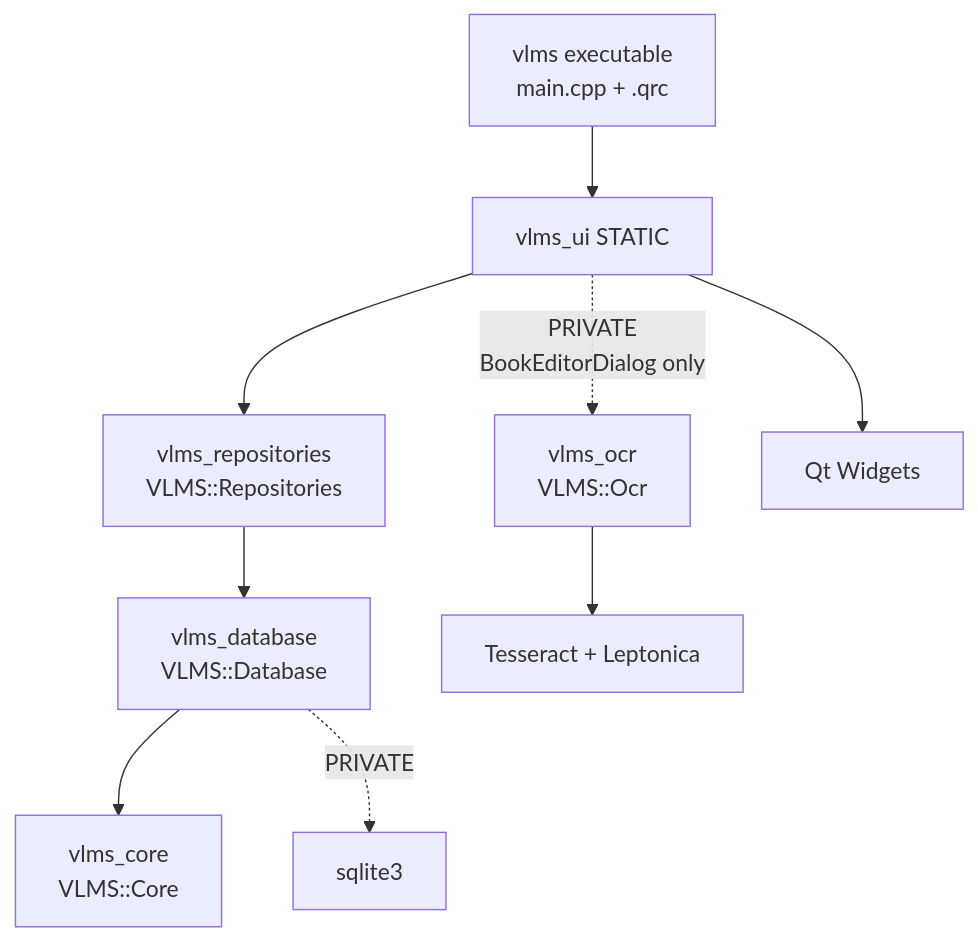
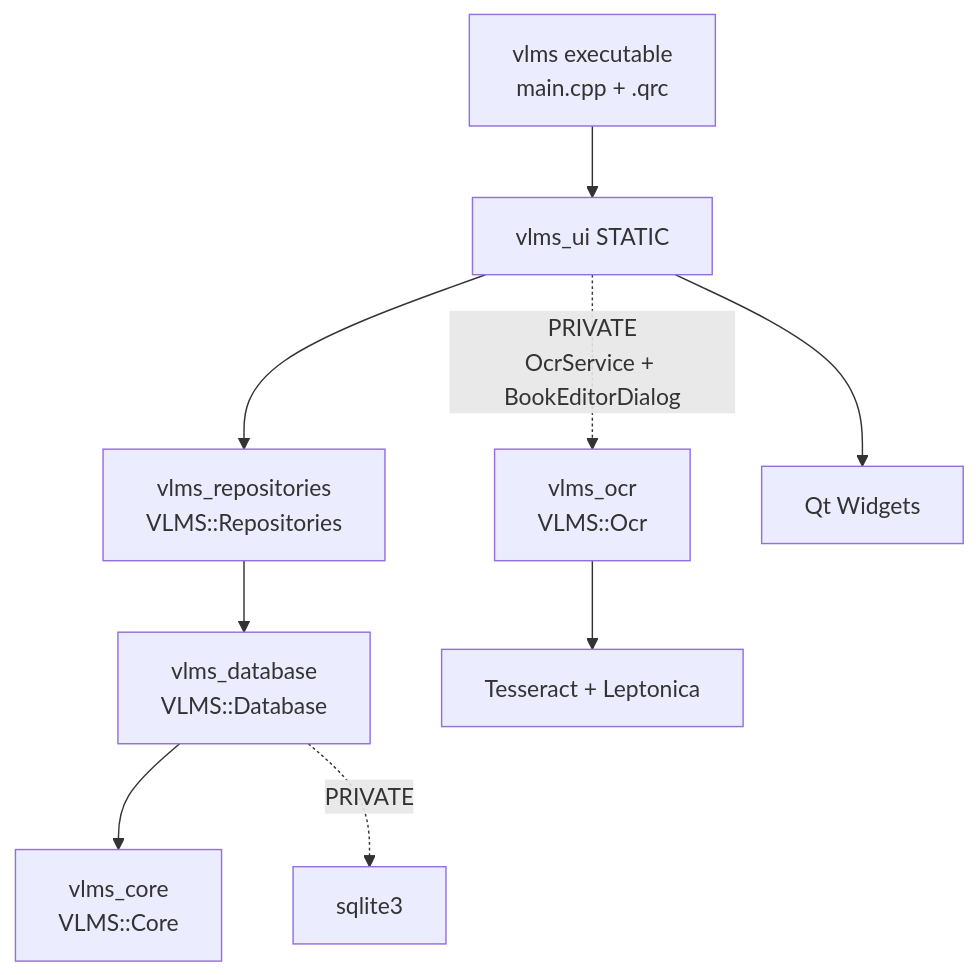
Before and after one commit to medaminben/VLMS: the second of 28 diagrams in docs/architecture/beta-uml.md, drawn with Mermaid. The commit also changed other lines of this file, not shown here.

First line of the commit message:
Refresh the Beta UML for the frontend redesign.

````diff
--- a/docs/architecture/beta-uml.md
+++ b/docs/architecture/beta-uml.md
@@ -53,21 +52,21 @@
 ```mermaid
 flowchart TD
     Exe[vlms executable<br/>main.cpp + .qrc]
     Ui[vlms_ui STATIC]
     Repos[vlms_repositories<br/>VLMS::Repositories]
     DbLib[vlms_database<br/>VLMS::Database]
     Core[vlms_core<br/>VLMS::Core]
     Ocr[vlms_ocr<br/>VLMS::Ocr]
     Sqlite[sqlite3]
     TessLib[Tesseract + Leptonica]
     QtW[Qt Widgets]
 
     Exe --> Ui
     Ui --> Repos
-    Ui -.->|PRIVATE<br/>BookEditorDialog only| Ocr
+    Ui -.->|PRIVATE<br/>OcrService + BookEditorDialog| Ocr
     Ui --> QtW
     Repos --> DbLib
     DbLib --> Core
     DbLib -.->|PRIVATE| Sqlite
     Ocr --> TessLib
 ```
````
